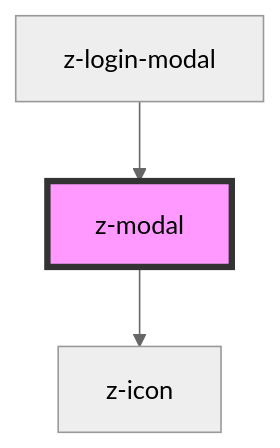
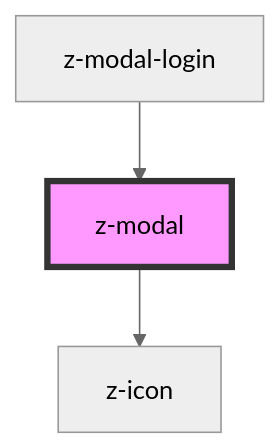
The diagram in src/components/modal/z-modal/readme.md (ZanichelliEditore/design-system), drawn with Mermaid (neutral theme) before and after one commit. The commit also changed other lines of this file and 12 other files, not shown here.

Commit message:
fix: renamed z-login-modal to z-modal-login

````diff
--- a/src/components/modal/z-modal/readme.md
+++ b/src/components/modal/z-modal/readme.md
@@ -46,6 +49,6 @@
 ```mermaid
 graph TD;
   z-modal --> z-icon
-  z-login-modal --> z-modal
+  z-modal-login --> z-modal
   style z-modal fill:#f9f,stroke:#333,stroke-width:4px
 ```
````
